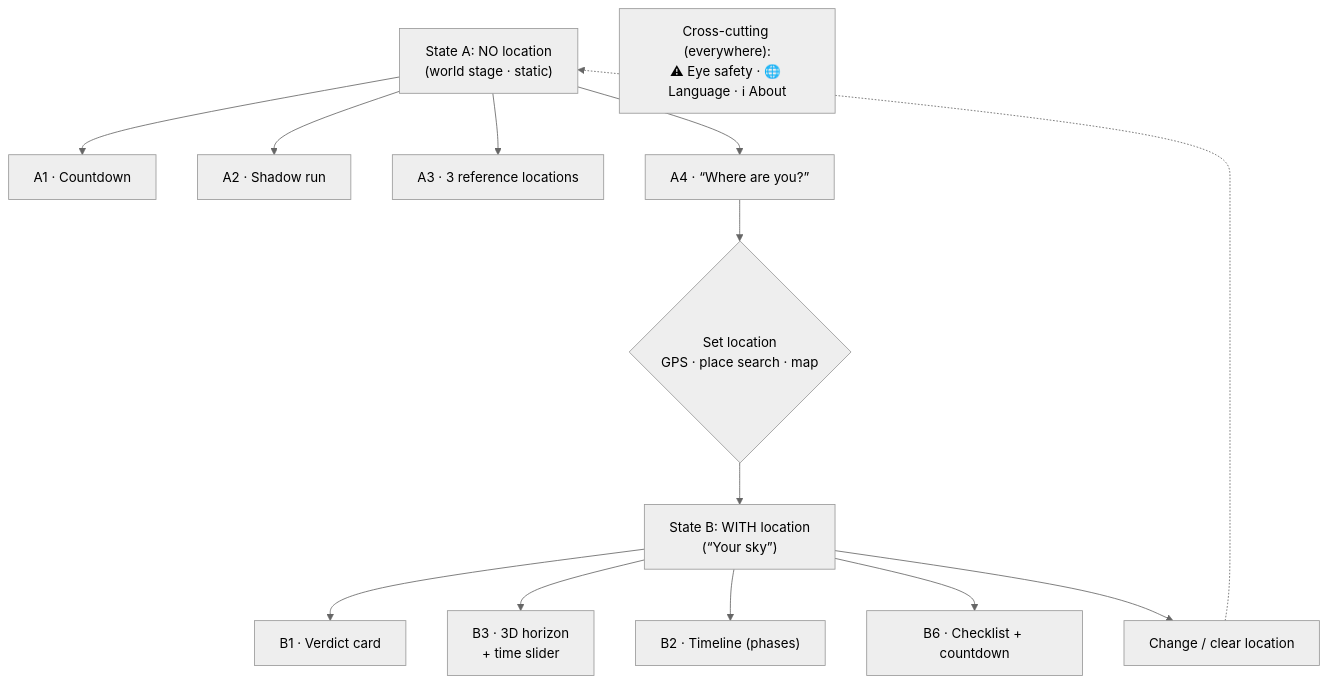
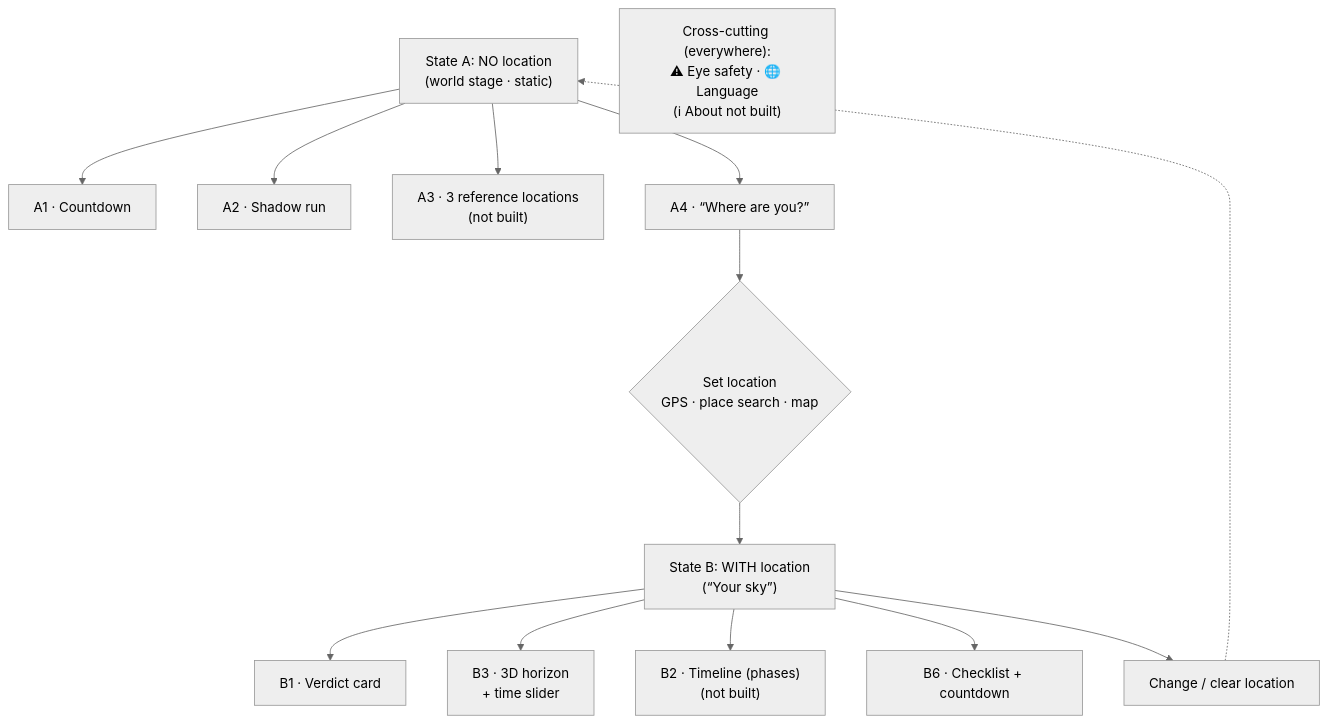
The diagram in docs/WIREFRAMES.md (datajournal-org/eclipse-2026), drawn with Mermaid (neutral theme) before and after one commit. The commit also changed other lines of this file and 5 other files, not shown here.

Commit message:
docs: update project documentation for clarity and accuracy, including wireframes, architecture, and testing details

````diff
--- a/docs/WIREFRAMES.md
+++ b/docs/WIREFRAMES.md
@@ -15,20 +21,20 @@
 ```mermaid
 flowchart TD
     A["State A: NO location<br/>(world stage · static)"]
     A --> A1["A1 · Countdown"]
     A --> A2["A2 · Shadow run"]
-    A --> A3["A3 · 3 reference locations"]
+    A --> A3["A3 · 3 reference locations<br/>(not built)"]
     A --> A4["A4 · “Where are you?”"]
 
     A4 --> SET{"Set location<br/>GPS · place search · map"}
     SET --> B["State B: WITH location<br/>(“Your sky”)"]
 
     B --> B1["B1 · Verdict card"]
     B --> B3["B3 · 3D horizon<br/>+ time slider"]
-    B --> B2["B2 · Timeline (phases)"]
+    B --> B2["B2 · Timeline (phases)<br/>(not built)"]
     B --> B6["B6 · Checklist + countdown"]
     B --> CH["Change / clear location"]
     CH -.-> A
 
-    X["Cross-cutting (everywhere):<br/>⚠ Eye safety · 🌐 Language · ℹ About"]
+    X["Cross-cutting (everywhere):<br/>⚠ Eye safety · 🌐 Language<br/>(ℹ About not built)"]
 ```
````
